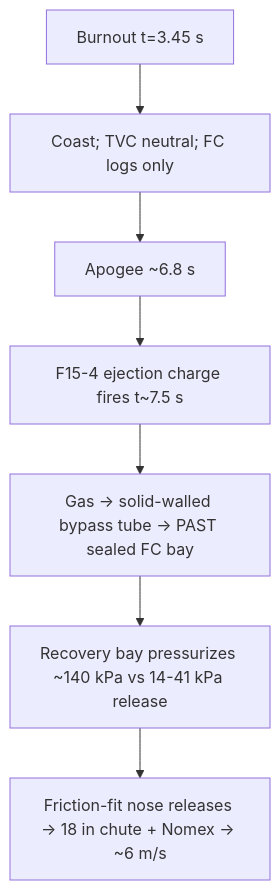
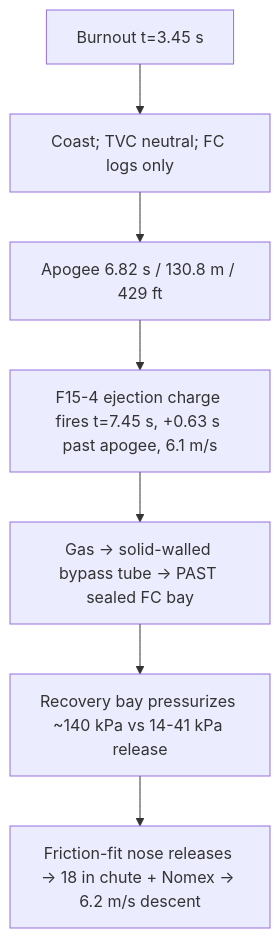
The diagram in Flight Computer/flowcharts/03_recovery_logic.mermaid (swaroopsahoo4908/WYVERN-E), drawn with Mermaid before and after one commit. The commit also changed 71 other files, not shown here.

```diff
--- a/Flight Computer/flowcharts/03_recovery_logic.mermaid
+++ b/Flight Computer/flowcharts/03_recovery_logic.mermaid
@@ -1,8 +1,9 @@
 %% WYVERN-E — MOTOR-ejection recovery via bypass tube (no CO2, no pyro bay, no FC actuation)
+%% Regenerated 2026-08 against we4_flightsim.py + we4_ejection_feasibility.py.
 flowchart TD
     B[Burnout t=3.45 s] --> C[Coast; TVC neutral; FC logs only]
-    C --> A[Apogee ~6.8 s]
-    A --> E[F15-4 ejection charge fires t~7.5 s]
+    C --> A[Apogee 6.82 s / 130.8 m / 429 ft]
+    A --> E[F15-4 ejection charge fires t=7.45 s, +0.63 s past apogee, 6.1 m/s]
     E --> TU[Gas -> solid-walled bypass tube -> PAST sealed FC bay]
     TU --> P[Recovery bay pressurizes ~140 kPa vs 14-41 kPa release]
-    P --> N[Friction-fit nose releases -> 18 in chute + Nomex -> ~6 m/s]
+    P --> N[Friction-fit nose releases -> 18 in chute + Nomex -> 6.2 m/s descent]
```
